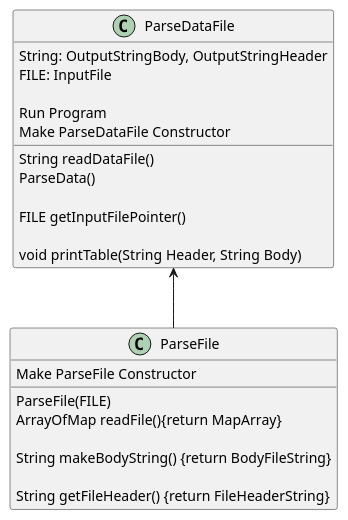
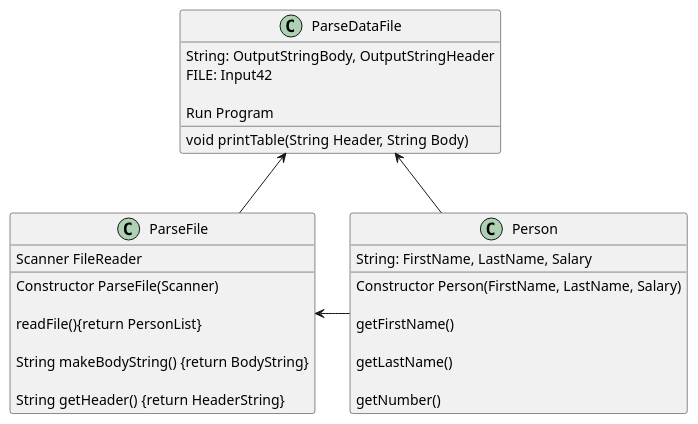
One commit to Chabs64/Higgins-cop3330-assignment3 changed the diagram in src/main/java/org/assignment3/ex42/base/ParseDataFileUML.puml. Above: the diagram before and after it, drawn with PlantUML. The commit also changed 3 other files, not shown here.

```diff
--- a/src/main/java/org/assignment3/ex42/base/ParseDataFileUML.puml
+++ b/src/main/java/org/assignment3/ex42/base/ParseDataFileUML.puml
@@ -1,38 +1,49 @@
 @startuml
 'https://plantuml.com/class-diagram
 
 class ParseDataFile
 {
 
        String: OutputStringBody, OutputStringHeader
-       FILE: InputFile
+       FILE: Input42
 
        Run Program
-       Make ParseDataFile Constructor
-
-       String readDataFile()
-       ParseData()
-
-       FILE getInputFilePointer()
 
        void printTable(String Header, String Body)
 
 }
 
 class ParseFile{
 
-      ParseFile(FILE)
-      Make ParseFile Constructor
+      Scanner FileReader
 
-      ArrayOfMap readFile(){return MapArray}
+      Constructor ParseFile(Scanner)
 
-      String makeBodyString() {return BodyFileString}
+      readFile(){return PersonList}
 
-      String getFileHeader() {return FileHeaderString}
+      String makeBodyString() {return BodyString}
 
+      String getHeader() {return HeaderString}
+
+}
+
+class Person
+{
+    String: FirstName, LastName, Salary
+
+    Constructor Person(FirstName, LastName, Salary)
+
+    getFirstName()
+
+    getLastName()
+
+    getNumber()
 }
 
 ParseDataFile<--ParseFile
 
+ParseFile<-Person
+ParseDataFile<-Person
+
 
 @enduml
```
